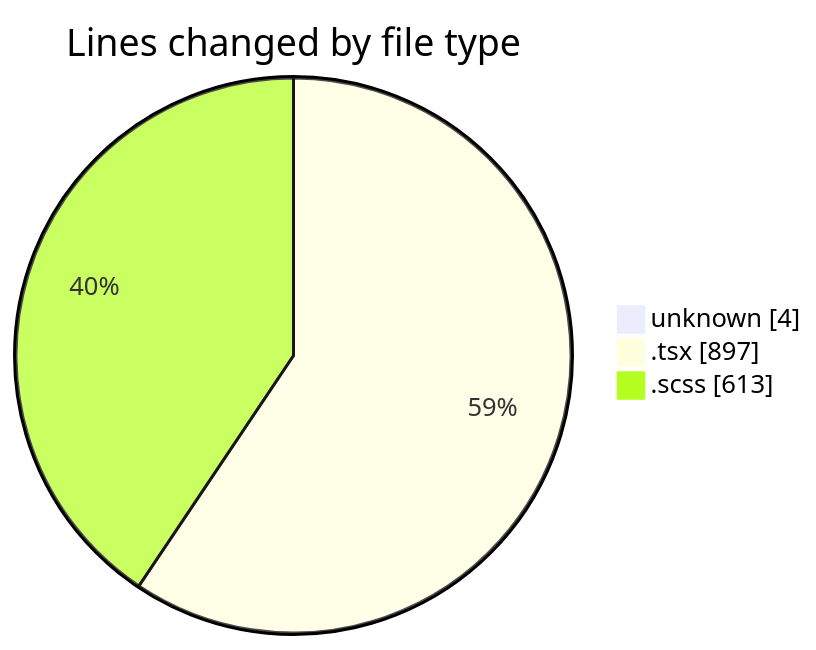
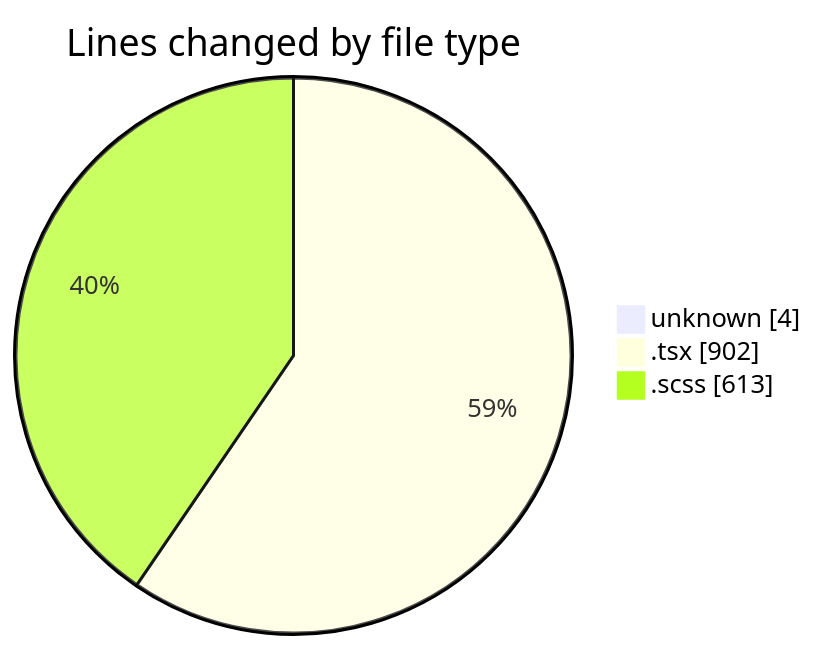
Before and after one commit to momahboobian/code-tracking: the first of 2 diagrams in 2025-02-14/cda/README.md, drawn with Mermaid. The commit also changed other lines of this file and 1 other file, not shown here.

````diff
--- a/2025-02-14/cda/README.md
+++ b/2025-02-14/cda/README.md
@@ -27,7 +27,7 @@
 ```mermaid
 pie showData
 title Lines changed by file type
 "unknown" : 4
-".tsx" : 897
+".tsx" : 902
 ".scss" : 613
 ```
````
